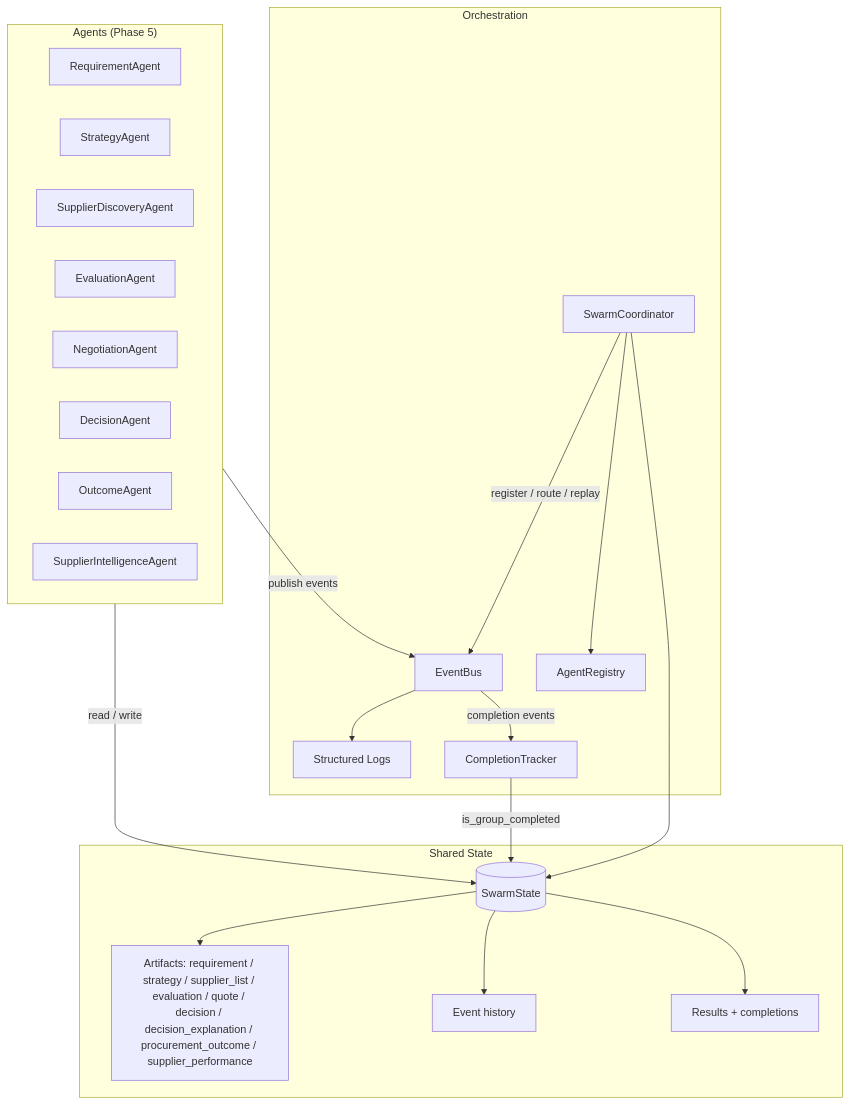
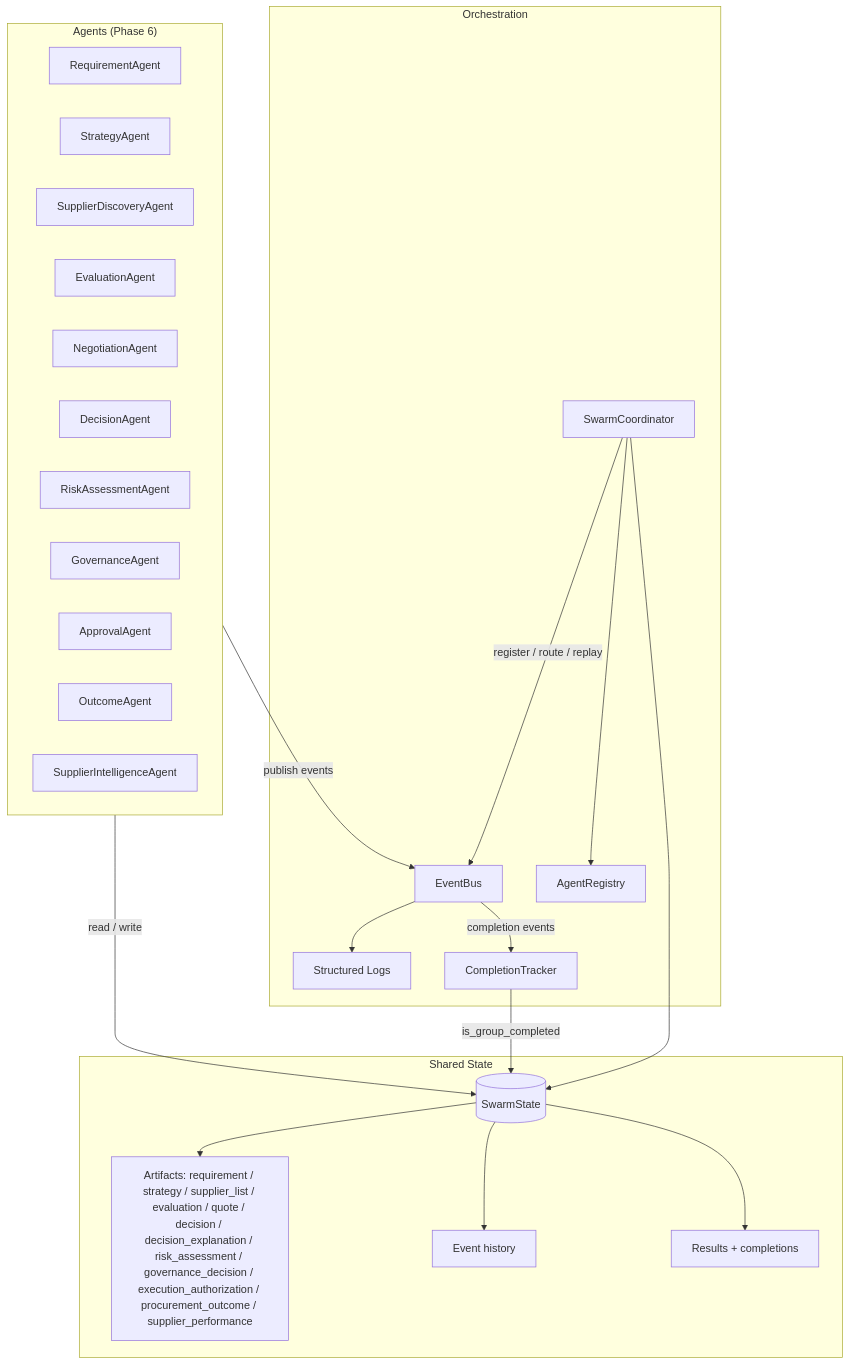
The first of 2 diagrams in docs/swarm-architecture.md (aragit/autonomous-procurement-swarm), drawn with Mermaid before and after one commit. The commit also changed other lines of this file and 19 other files, not shown here.

First line of the commit message:
Phase 6: Governance + Risk-Aware Procurement Layer

````diff
--- a/docs/swarm-architecture.md
+++ b/docs/swarm-architecture.md
@@ -18,40 +17,43 @@
 ```mermaid
 flowchart TB
-    subgraph Agents["Agents (Phase 5)"]
+    subgraph Agents["Agents (Phase 6)"]
         RA[RequirementAgent]
         SA[StrategyAgent]
         SDA[SupplierDiscoveryAgent]
         EA[EvaluationAgent]
         NA[NegotiationAgent]
         DA[DecisionAgent]
+        RSA[RiskAssessmentAgent]
+        GA[GovernanceAgent]
+        APA[ApprovalAgent]
         OA[OutcomeAgent]
         SIA[SupplierIntelligenceAgent]
     end
 
     subgraph Orchestration["Orchestration"]
         C[SwarmCoordinator]
         B[EventBus]
         R[AgentRegistry]
         L[Structured Logs]
         CT[CompletionTracker]
     end
 
     subgraph State["Shared State"]
         A[(SwarmState)]
-        AR[Artifacts: requirement / strategy / supplier_list / evaluation / quote / decision / decision_explanation / procurement_outcome / supplier_performance]
+        AR[Artifacts: requirement / strategy / supplier_list / evaluation / quote / decision / decision_explanation / risk_assessment / governance_decision / execution_authorization / procurement_outcome / supplier_performance]
         EV[Event history]
         RS[Results + completions]
     end
 
     C -->|register / route / replay| B
     C --> R
     C --> A
     B --> L
     Agents -->|publish events| B
     Agents -->|read / write| A
     A --> AR
     A --> EV
     A --> RS
     B -->|completion events| CT
     CT -->|is_group_completed| A
 ```
````
